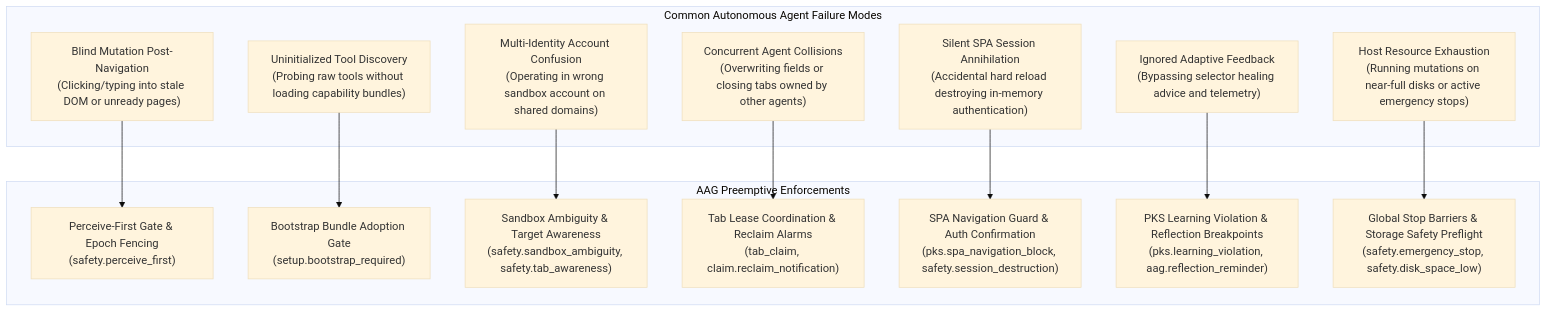
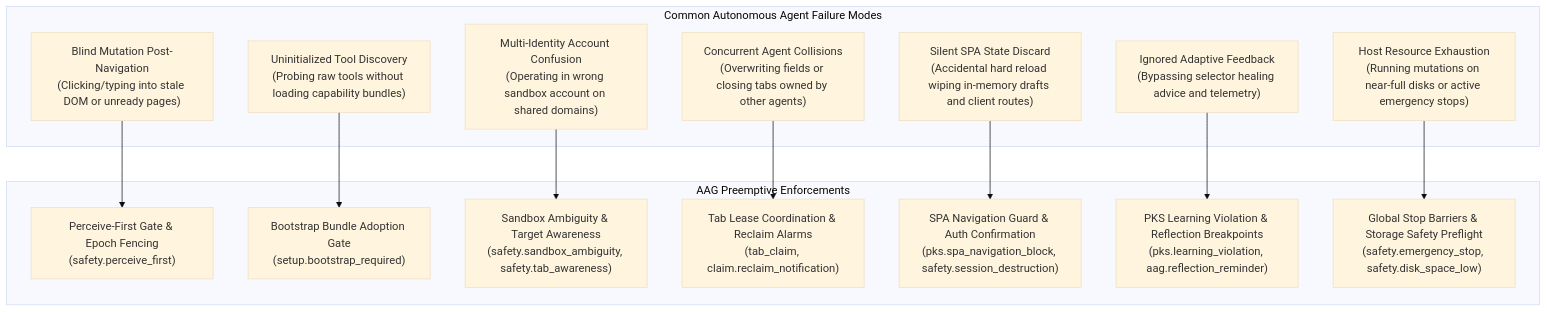
One commit to joelaniol/nova changed the first of 6 diagrams in docs/core-features/agent-awareness-gates-aag/README.md. Above: the diagram before and after it, drawn with Mermaid (base theme). The commit also changed other lines of this file, not shown here.

Commit message:
docs(aag): refine architectural boundaries, enforcement matrix, and recovery semantics

````diff
--- a/docs/core-features/agent-awareness-gates-aag/README.md
+++ b/docs/core-features/agent-awareness-gates-aag/README.md
@@ -12,30 +14,30 @@
 ```mermaid
 flowchart TD
     subgraph Failures["Common Autonomous Agent Failure Modes"]
         F1["Blind Mutation Post-Navigation\n(Clicking/typing into stale DOM or unready pages)"]
         F2["Uninitialized Tool Discovery\n(Probing raw tools without loading capability bundles)"]
         F3["Multi-Identity Account Confusion\n(Operating in wrong sandbox account on shared domains)"]
         F4["Concurrent Agent Collisions\n(Overwriting fields or closing tabs owned by other agents)"]
-        F5["Silent SPA Session Annihilation\n(Accidental hard reload destroying in-memory authentication)"]
+        F5["Silent SPA State Discard\n(Accidental hard reload wiping in-memory drafts and client routes)"]
         F6["Ignored Adaptive Feedback\n(Bypassing selector healing advice and telemetry)"]
         F7["Host Resource Exhaustion\n(Running mutations on near-full disks or active emergency stops)"]
     end
 
     subgraph AAG_Interventions["AAG Preemptive Enforcements"]
         A1["Perceive-First Gate & Epoch Fencing\n(safety.perceive_first)"]
         A2["Bootstrap Bundle Adoption Gate\n(setup.bootstrap_required)"]
         A3["Sandbox Ambiguity & Target Awareness\n(safety.sandbox_ambiguity, safety.tab_awareness)"]
         A4["Tab Lease Coordination & Reclaim Alarms\n(tab_claim, claim.reclaim_notification)"]
         A5["SPA Navigation Guard & Auth Confirmation\n(pks.spa_navigation_block, safety.session_destruction)"]
         A6["PKS Learning Violation & Reflection Breakpoints\n(pks.learning_violation, aag.reflection_reminder)"]
         A7["Global Stop Barriers & Storage Safety Preflight\n(safety.emergency_stop, safety.disk_space_low)"]
     end
 
     F1 --> A1
     F2 --> A2
     F3 --> A3
     F4 --> A4
     F5 --> A5
     F6 --> A6
     F7 --> A7
 ```
````
